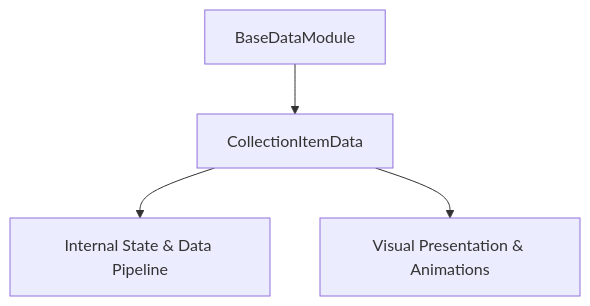
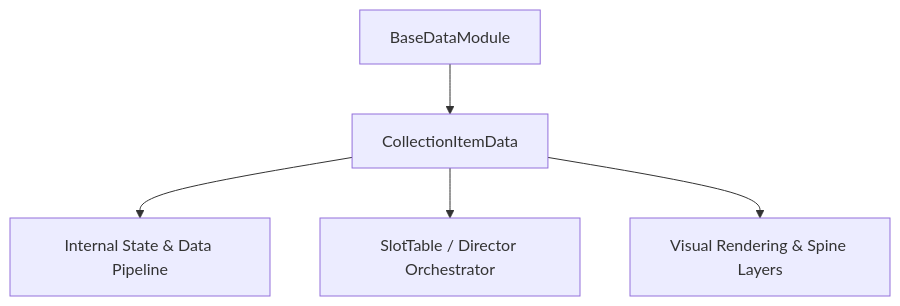
One commit to lam-ark/mcp-fwcc changed the diagram in docs/cc_slot_mechanics/modules/CollectionItemData/01_overview/01_architecture_and_role.md. Above: the diagram before and after it, drawn with Mermaid. The commit also changed other lines of this file and 2509 other files, not shown here.

````diff
--- a/docs/cc_slot_mechanics/modules/CollectionItemData/01_overview/01_architecture_and_role.md
+++ b/docs/cc_slot_mechanics/modules/CollectionItemData/01_overview/01_architecture_and_role.md
@@ -18,6 +24,7 @@
 ```mermaid
 graph TD
-    Parent[BaseDataModule] --> Mod[CollectionItemData]
-    Mod --> State[Internal State & Data Pipeline]
-    Mod --> Render[Visual Presentation & Animations]
+    SuperClass[BaseDataModule] --> TargetClass[CollectionItemData]
+    TargetClass --> DataPipeline[Internal State & Data Pipeline]
+    TargetClass --> Orchestrator[SlotTable / Director Orchestrator]
+    TargetClass --> ViewLayer[Visual Rendering & Spine Layers]
 ```
````
